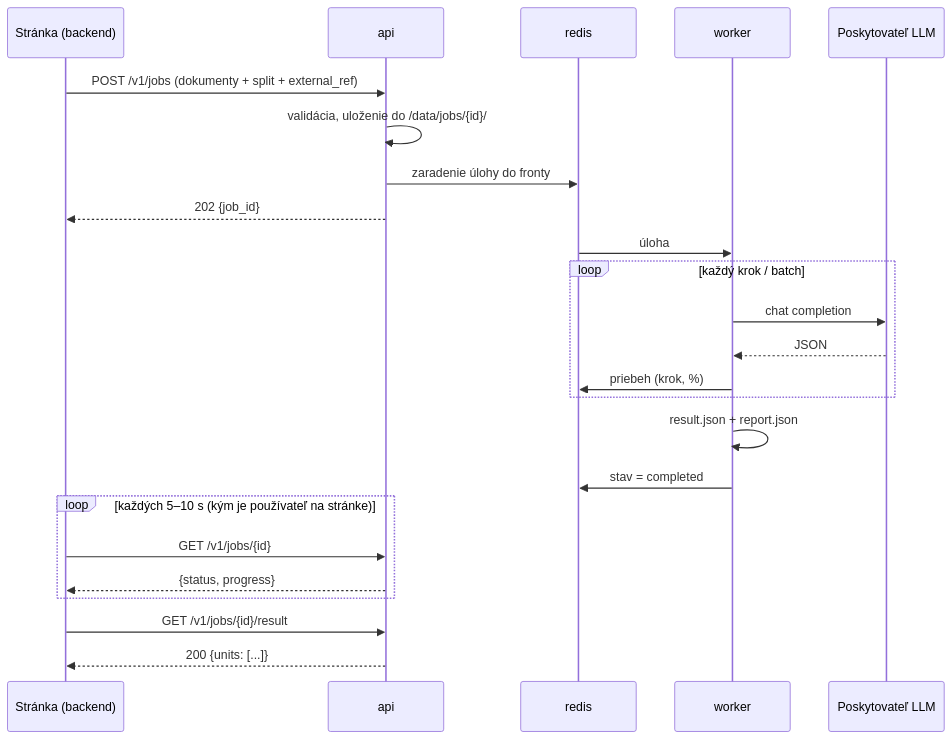
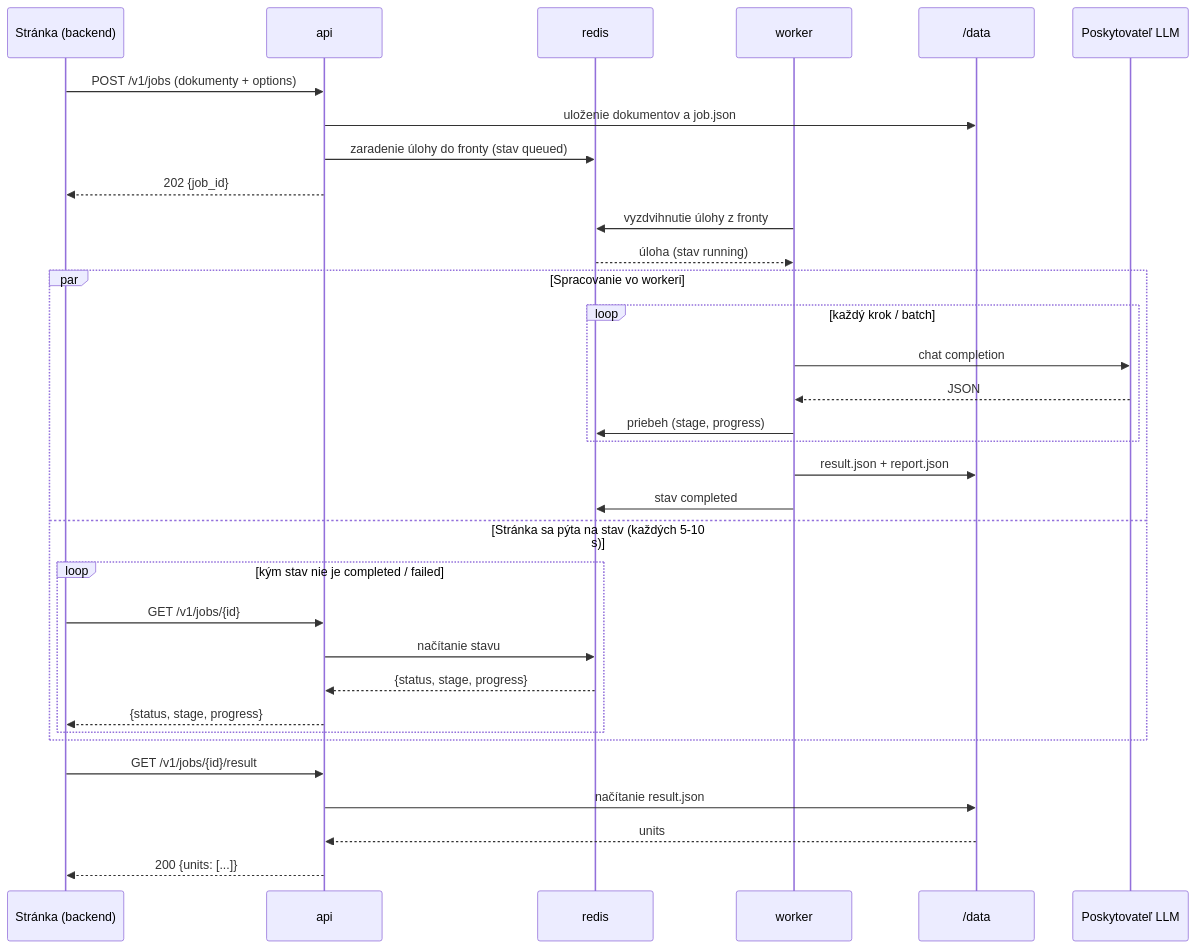
One commit to Matik080/LO-Generator changed the first of 3 diagrams in docs/api-design.md. Above: the diagram before and after it, drawn with Mermaid. The commit also changed other lines of this file and 2 other files, not shown here.

Commit message:
Added filename sanitization, changed api design documents

````diff
--- a/docs/api-design.md
+++ b/docs/api-design.md
@@ -137,27 +140,36 @@
 ```mermaid
 sequenceDiagram
     participant P as Stránka (backend)
     participant API as api
     participant R as redis
     participant W as worker
+    participant D as /data
     participant LLM as Poskytovateľ LLM
 
-    P->>API: POST /v1/jobs (dokumenty + split + external_ref)
-    API->>API: validácia, uloženie do /data/jobs/{id}/
-    API->>R: zaradenie úlohy do fronty
+    P->>API: POST /v1/jobs (dokumenty + options)
+    API->>D: uloženie dokumentov a job.json
+    API->>R: zaradenie úlohy do fronty (stav queued)
     API-->>P: 202 {job_id}
-    R->>W: úloha
-    loop každý krok / batch
-        W->>LLM: chat completion
-        LLM-->>W: JSON
-        W->>R: priebeh (krok, %)
-    end
-    W->>W: result.json + report.json
-    W->>R: stav = completed
-    loop každých 5–10 s (kým je používateľ na stránke)
-        P->>API: GET /v1/jobs/{id}
-        API-->>P: {status, progress}
+    W->>R: vyzdvihnutie úlohy z fronty
+    R-->>W: úloha (stav running)
+    par Spracovanie vo workeri
+        loop každý krok / batch
+            W->>LLM: chat completion
+            LLM-->>W: JSON
+            W->>R: priebeh (stage, progress)
+        end
+        W->>D: result.json + report.json
+        W->>R: stav completed
+    and Stránka sa pýta na stav (každých 5-10 s)
+        loop kým stav nie je completed / failed
+            P->>API: GET /v1/jobs/{id}
+            API->>R: načítanie stavu
+            R-->>API: {status, stage, progress}
+            API-->>P: {status, stage, progress}
+        end
     end
     P->>API: GET /v1/jobs/{id}/result
+    API->>D: načítanie result.json
+    D-->>API: units
     API-->>P: 200 {units: [...]}
 ```
````
